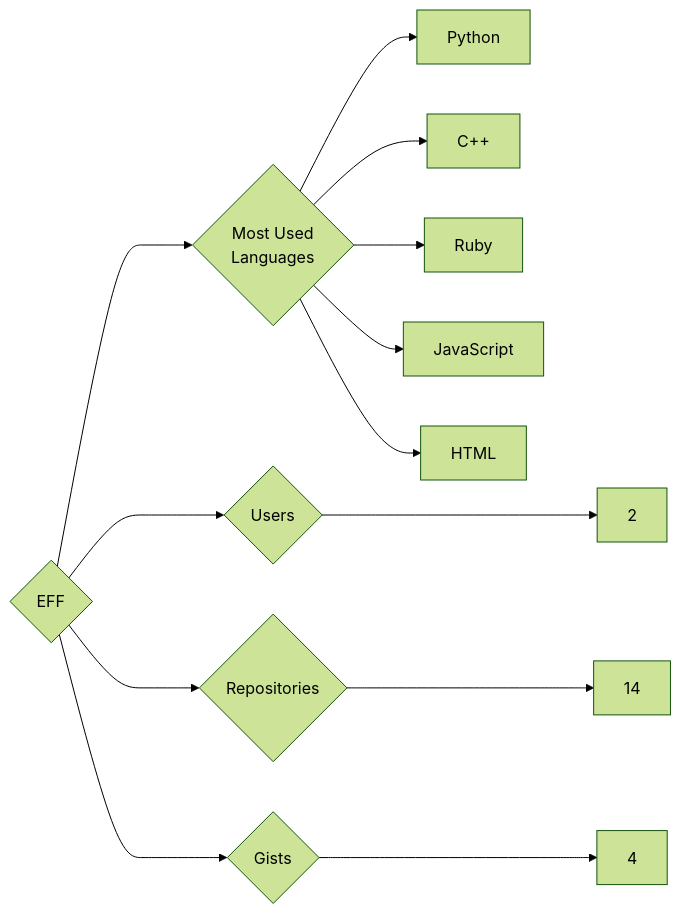
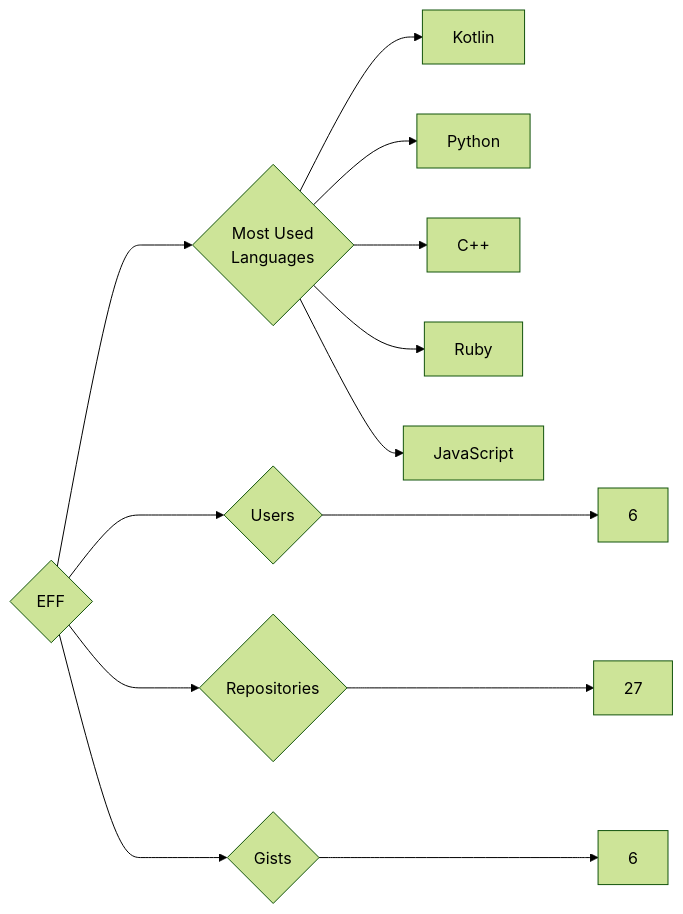
One commit to trickest/insiders changed the diagram in targets/EFF/README.md. Above: the diagram before and after it, drawn with Mermaid (forest theme). The commit also changed 938 other files, not shown here.

````diff
--- a/targets/EFF/README.md
+++ b/targets/EFF/README.md
@@ -3,13 +3,13 @@
 ```mermaid
 graph LR
 COMPANY_NAME{EFF}
-COMPANY_NAME ---> U{Users} ---> UN[2]
-COMPANY_NAME ---> R{Repositories} ---> RN[14]
-COMPANY_NAME ---> G{Gists} ---> GN[4]
+COMPANY_NAME ---> U{Users} ---> UN[6]
+COMPANY_NAME ---> R{Repositories} ---> RN[27]
+COMPANY_NAME ---> G{Gists} ---> GN[6]
 COMPANY_NAME ---> ML{Most Used<br>Languages}
+ML --> Kotlin[Kotlin]
 ML --> Python[Python]
 ML --> C++[C++]
 ML --> Ruby[Ruby]
 ML --> JavaScript[JavaScript]
-ML --> HTML[HTML]
 ```
````
